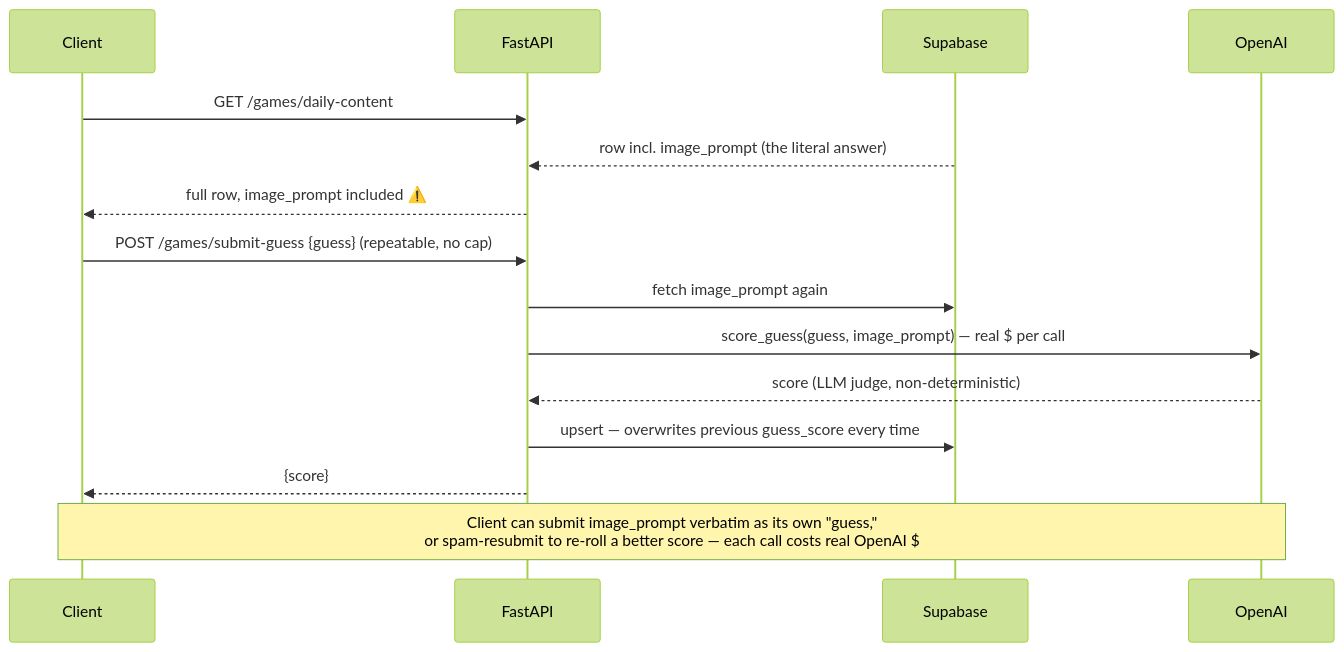
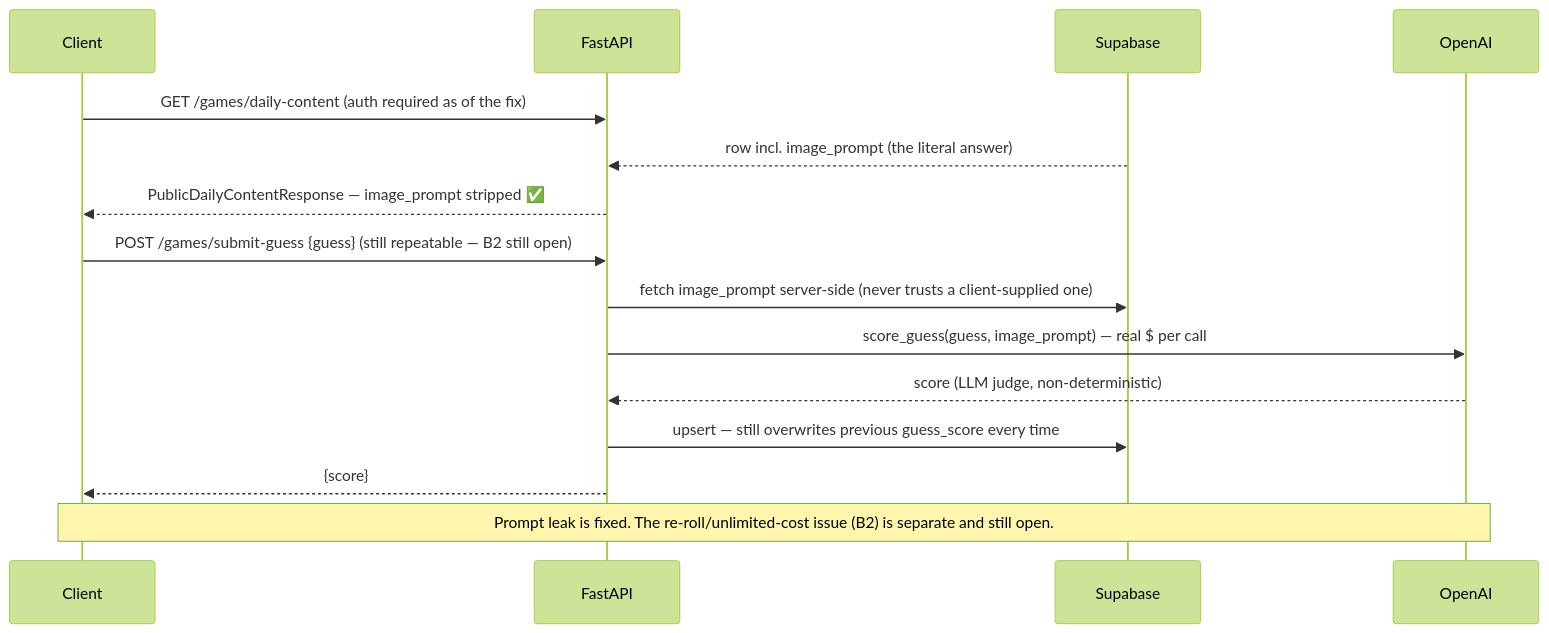
One commit to ShayanManoharan/blipz-backend changed the third of 3 diagrams in PRODUCTION_AUDIT.md. Above: the diagram before and after it, drawn with Mermaid (forest theme). The commit also changed other lines of this file and 1 other file, not shown here.

Commit message:
docs: mark B1 (answer leak) fixed in the production audit

````diff
--- a/PRODUCTION_AUDIT.md
+++ b/PRODUCTION_AUDIT.md
@@ -97,18 +111,18 @@
 ```mermaid
 sequenceDiagram
     participant Client
     participant API as FastAPI
     participant DB as Supabase
     participant AI as OpenAI
 
-    Client->>API: GET /games/daily-content
+    Client->>API: GET /games/daily-content (auth required as of the fix)
     DB-->>API: row incl. image_prompt (the literal answer)
-    API-->>Client: full row, image_prompt included ⚠️
-    Client->>API: POST /games/submit-guess {guess} (repeatable, no cap)
-    API->>DB: fetch image_prompt again
+    API-->>Client: PublicDailyContentResponse — image_prompt stripped ✅
+    Client->>API: POST /games/submit-guess {guess} (still repeatable — B2 still open)
+    API->>DB: fetch image_prompt server-side (never trusts a client-supplied one)
     API->>AI: score_guess(guess, image_prompt) — real $ per call
     AI-->>API: score (LLM judge, non-deterministic)
-    API->>DB: upsert — overwrites previous guess_score every time
+    API->>DB: upsert — still overwrites previous guess_score every time
     API-->>Client: {score}
-    Note over Client,AI: Client can submit image_prompt verbatim as its own "guess,"<br/>or spam-resubmit to re-roll a better score — each call costs real OpenAI $
+    Note over Client,AI: Prompt leak is fixed. The re-roll/unlimited-cost issue (B2) is separate and still open.
 ```
````
